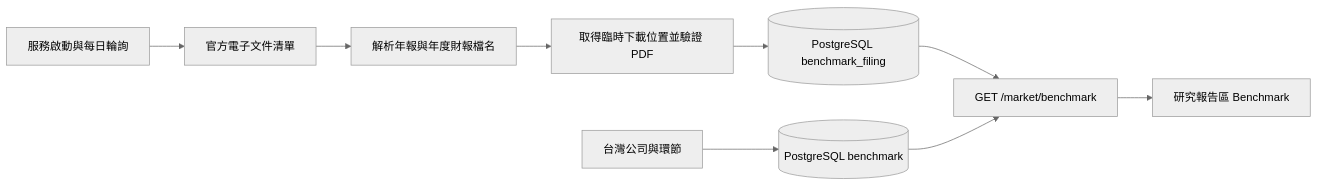
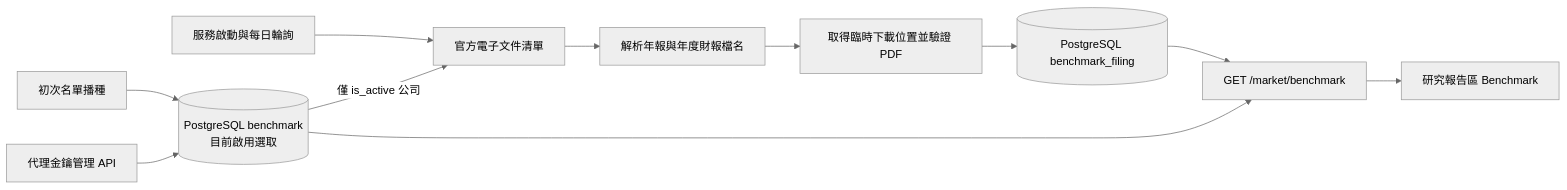
Before and after one commit to Vinskao/maya-sawa: the first of 2 diagrams in docs/TW_SEMICONDUCTOR_BENCHMARK.md, drawn with Mermaid (neutral theme). The commit also changed other lines of this file and 3 other files, not shown here.

````diff
--- a/docs/TW_SEMICONDUCTOR_BENCHMARK.md
+++ b/docs/TW_SEMICONDUCTOR_BENCHMARK.md
@@ -5,11 +5,13 @@
 ```mermaid
 flowchart LR
   Timer[服務啟動與每日輪詢] --> Catalog[官方電子文件清單]
   Catalog --> Resolve[解析年報與年度財報檔名]
   Resolve --> Download[取得臨時下載位置並驗證 PDF]
   Download --> Archive[(PostgreSQL benchmark_filing)]
-  Seed[台灣公司與環節] --> Benchmark[(PostgreSQL benchmark)]
+  Seed[初次名單播種] --> Benchmark[(PostgreSQL benchmark<br/>目前啟用選取)]
+  Admin[代理金鑰管理 API] --> Benchmark
+  Benchmark -->|僅 is_active 公司| Catalog
   Archive --> API[GET /market/benchmark]
   Benchmark --> API
   API --> Reports[研究報告區 Benchmark]
 ```
````
